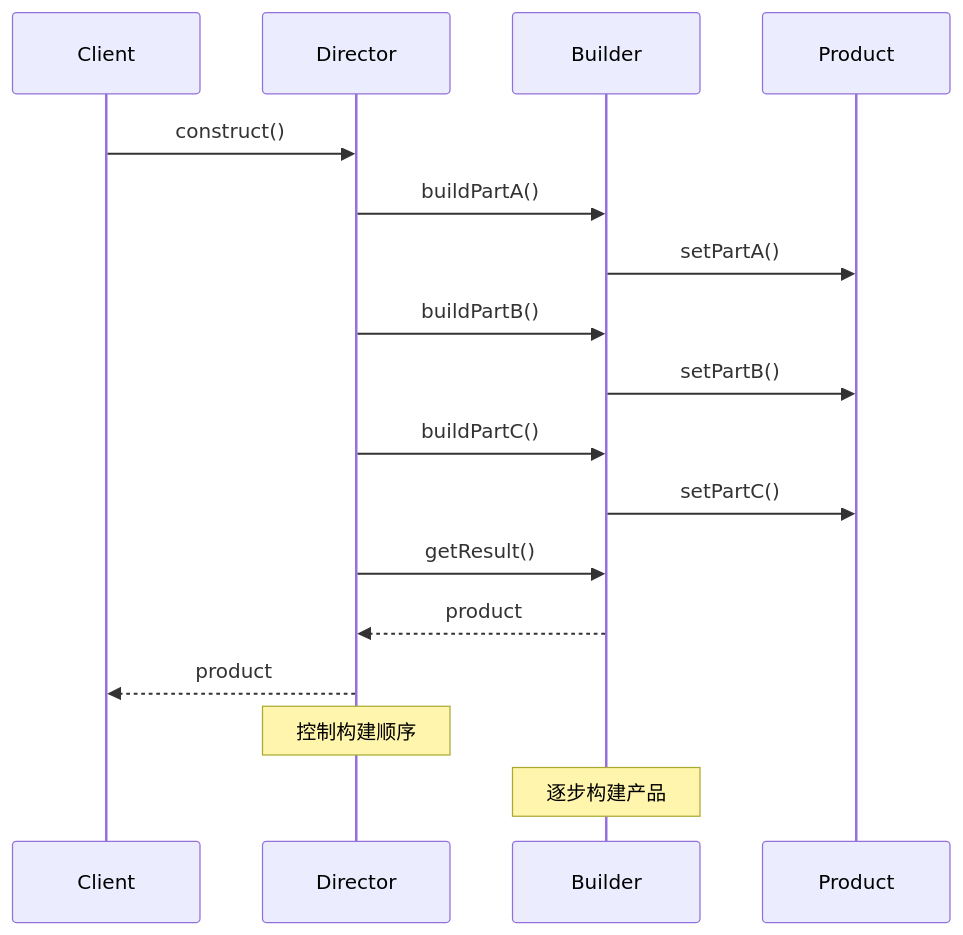
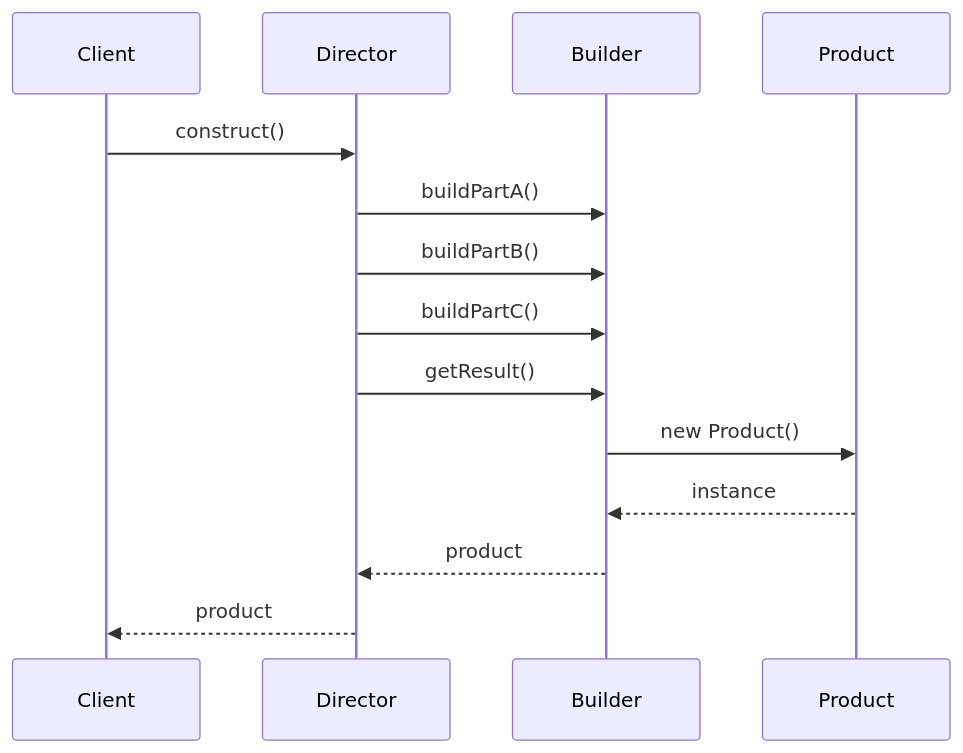
The second of 2 diagrams in resources/design-patterns/laravel/creational/builder_zh.md (fanly/DesignPattern), drawn with Mermaid before and after one commit. The commit also changed other lines of this file and 103 other files, not shown here.

````diff
--- a/resources/design-patterns/laravel/creational/builder_zh.md
+++ b/resources/design-patterns/laravel/creational/builder_zh.md
@@ -108,21 +850,17 @@
 ```mermaid
 sequenceDiagram
     participant Client
     participant Director
     participant Builder
     participant Product
     
     Client->>Director: construct()
     Director->>Builder: buildPartA()
-    Builder->>Product: setPartA()
     Director->>Builder: buildPartB()
-    Builder->>Product: setPartB()
     Director->>Builder: buildPartC()
-    Builder->>Product: setPartC()
     Director->>Builder: getResult()
+    Builder->>Product: new Product()
+    Product-->>Builder: instance
     Builder-->>Director: product
     Director-->>Client: product
-    
-    Note over Director: 控制构建顺序
-    Note over Builder: 逐步构建产品
 ```
````
